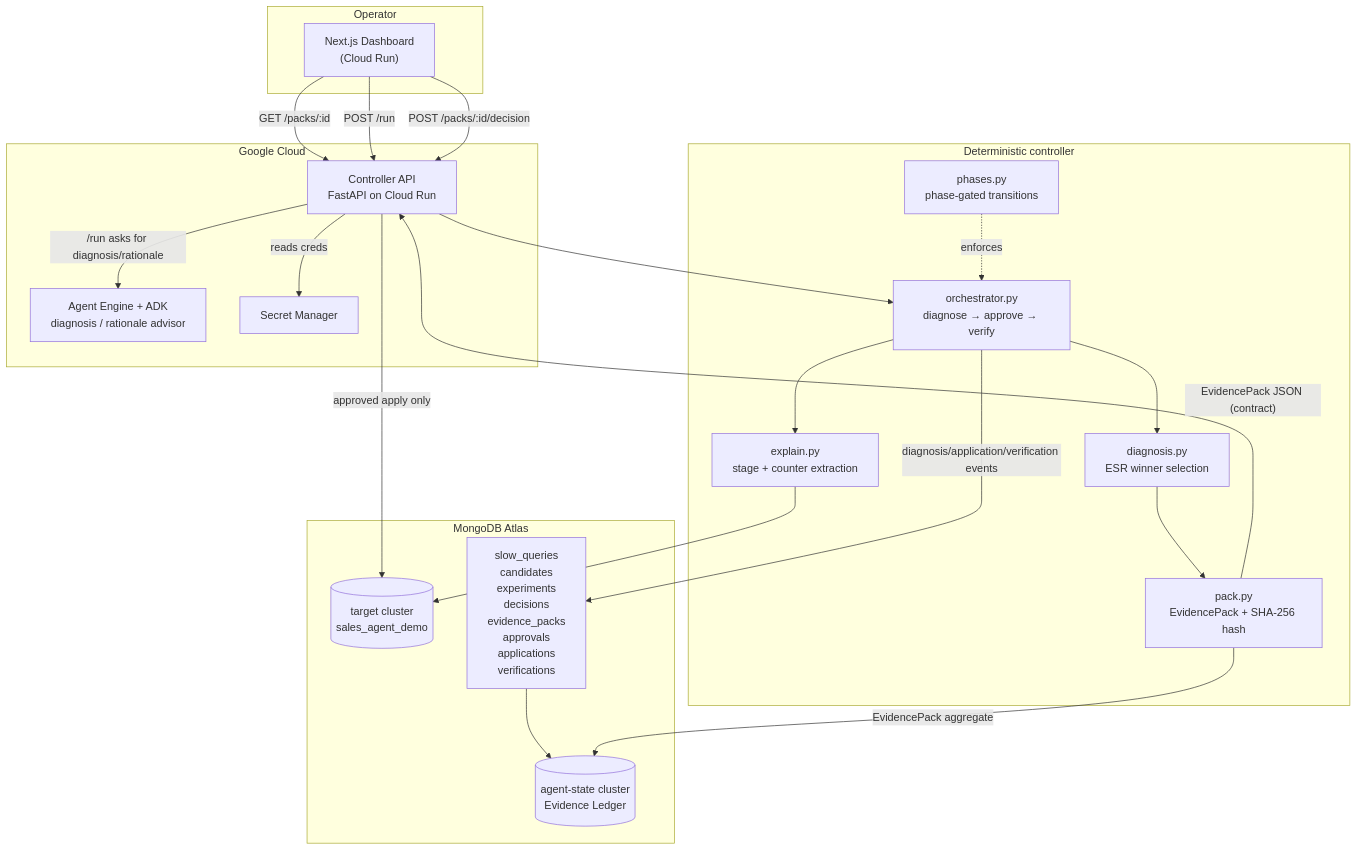
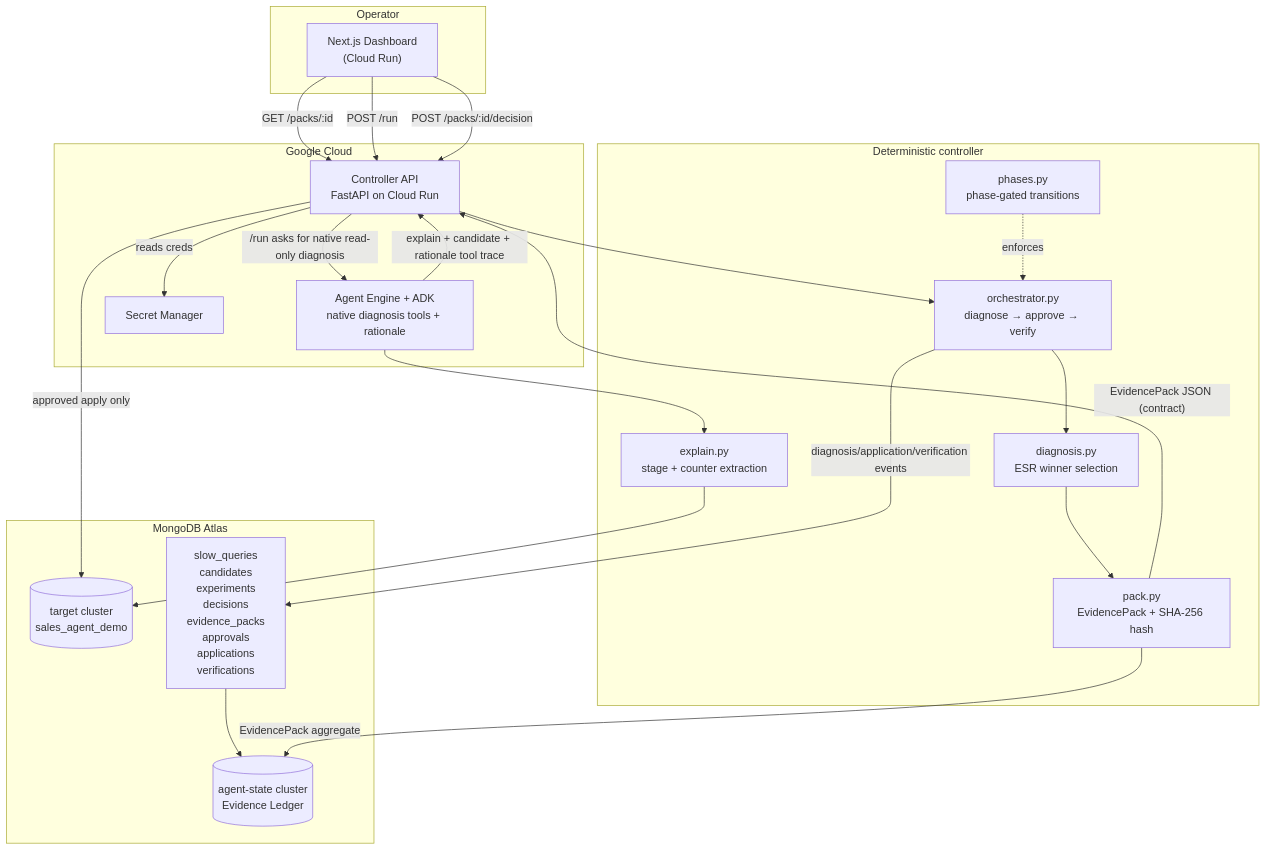
The diagram in demo/architecture.md (d3v07/googlecloudhack), drawn with Mermaid before and after one commit. The commit also changed other lines of this file and 16 other files, not shown here.

Commit message:
feat(day5): add diagram conformance gate (#76)

````diff
--- a/demo/architecture.md
+++ b/demo/architecture.md
@@ -14,41 +14,42 @@
 ```mermaid
 flowchart TB
     subgraph user["Operator"]
         DASH["Next.js Dashboard<br/>(Cloud Run)"]
     end
 
     subgraph gcp["Google Cloud"]
         API["Controller API<br/>FastAPI on Cloud Run"]
-        AE["Agent Engine + ADK<br/>diagnosis / rationale advisor"]
+        AE["Agent Engine + ADK<br/>native diagnosis tools + rationale"]
         SM["Secret Manager"]
     end
 
     subgraph core["Deterministic controller"]
         EXPLAIN["explain.py<br/>stage + counter extraction"]
         DECIDE["diagnosis.py<br/>ESR winner selection"]
         PACK["pack.py<br/>EvidencePack + SHA-256 hash"]
         GATE["phases.py<br/>phase-gated transitions"]
         ORCH["orchestrator.py<br/>diagnose → approve → verify"]
     end
 
     subgraph data["MongoDB Atlas"]
         TARGET[("target cluster<br/>sales_agent_demo")]
         STATE[("agent-state cluster<br/>Evidence Ledger")]
         LEDGER["slow_queries<br/>candidates<br/>experiments<br/>decisions<br/>evidence_packs<br/>approvals<br/>applications<br/>verifications"]
     end
 
     DASH -- "GET /packs/:id" --> API
     DASH -- "POST /run" --> API
     DASH -- "POST /packs/:id/decision" --> API
-    API -- "/run asks for diagnosis/rationale" --> AE
+    API -- "/run asks for native read-only diagnosis" --> AE
+    AE -- "explain + candidate + rationale tool trace" --> API
     API --> ORCH
-    ORCH --> EXPLAIN --> TARGET
+    AE --> EXPLAIN --> TARGET
     ORCH --> DECIDE --> PACK
     GATE -. enforces .-> ORCH
     ORCH -- "diagnosis/application/verification events" --> LEDGER --> STATE
     PACK -- "EvidencePack aggregate" --> STATE
     API -- "approved apply only" --> TARGET
     API -- reads creds --> SM
 
     PACK -- "EvidencePack JSON (contract)" --> API
 ```
````
